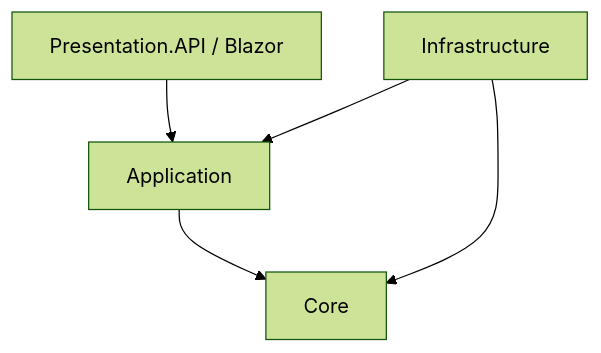
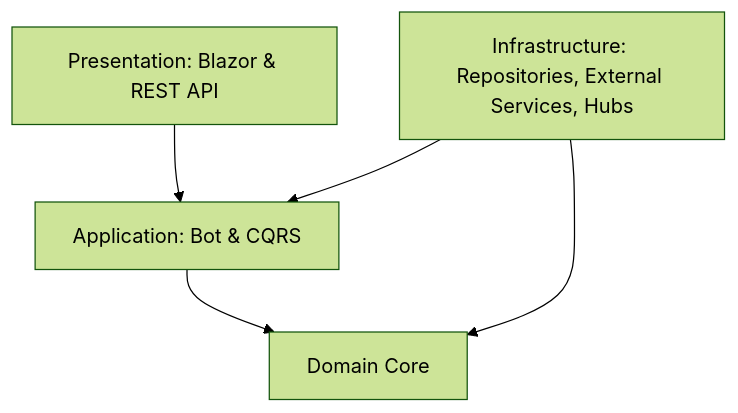
Before and after one commit to Aletsis/BotCarniceria: the diagram in Docs/ARQUITECTURA.md, drawn with Mermaid (forest theme). The commit also changed other lines of this file and 7 other files, not shown here.

````diff
--- a/Docs/ARQUITECTURA.md
+++ b/Docs/ARQUITECTURA.md
@@ -9,7 +11,7 @@
 ```mermaid
 graph TD
-    API[Presentation.API / Blazor] --> Application
-    Infrastructure --> Application
-    Infrastructure --> Core
-    Application --> Core
+    UI[Presentation: Blazor & REST API] --> AppBot[Application: Bot & CQRS]
+    Infra[Infrastructure: Repositories, External Services, Hubs] --> AppBot
+    Infra --> Core[Domain Core]
+    AppBot --> Core
 ```
````
